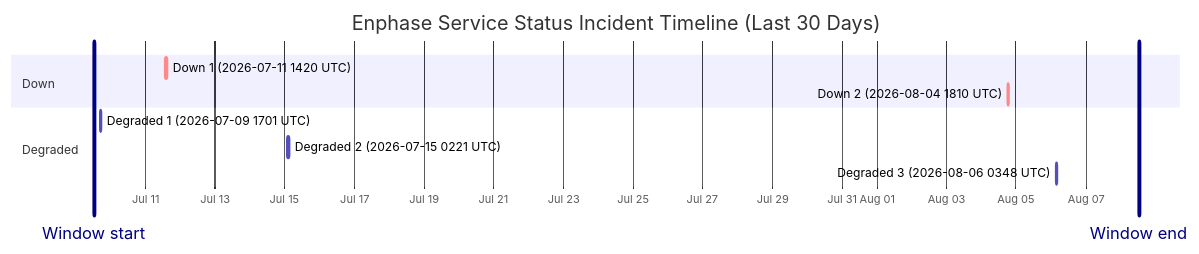
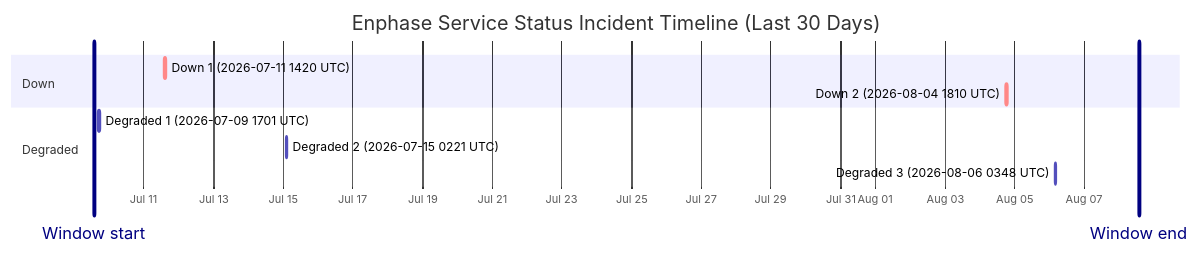
The diagram in wiki/Service-Status-History.md (barneyonline/ha-enphase-energy), drawn with Mermaid before and after one commit. The commit also changed other lines of this file and 3 other files, not shown here.

````diff
--- a/wiki/Service-Status-History.md
+++ b/wiki/Service-Status-History.md
@@ -14,15 +14,15 @@
 ```mermaid
 gantt
     title Enphase Service Status Incident Timeline (Last 30 Days)
     dateFormat  YYYY-MM-DDTHH:mm:ss
     axisFormat  %b %d
-    Window start :vert, window-start, 2026-07-09T12:43:23, 0ms
-    Window end :vert, window-end, 2026-08-08T12:43:23, 0ms
+    Window start :vert, window-start, 2026-07-09T13:43:33, 0ms
+    Window end :vert, window-end, 2026-08-08T13:43:33, 0ms
     section Down
     Down 1 (2026-07-11 1420 UTC) :crit, down-1, 2026-07-11T14:20:54, 69m
     Down 2 (2026-08-04 1810 UTC) :crit, down-2, 2026-08-04T18:10:46, 60m
     section Degraded
     Degraded 1 (2026-07-09 1701 UTC) :active, degraded-1, 2026-07-09T17:01:02, 60m
     Degraded 2 (2026-07-15 0221 UTC) :active, degraded-2, 2026-07-15T02:21:35, 60m
     Degraded 3 (2026-08-06 0348 UTC) :active, degraded-3, 2026-08-06T03:48:14, 60m
 ```
````
